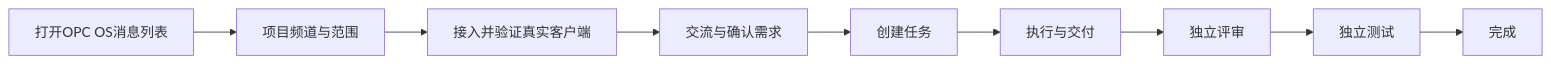
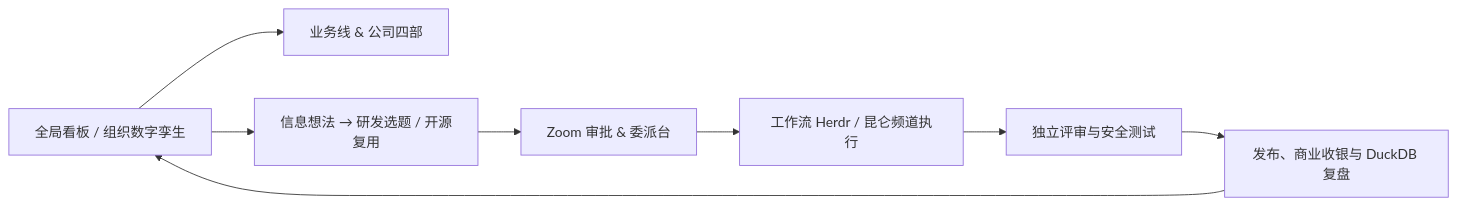
The first of 3 diagrams in docs/OPC_OS_USER_GUIDE.md (magele758/agent-zoom), drawn with Mermaid before and after one commit. The commit also changed other lines of this file and 19 other files, not shown here.

````diff
--- a/docs/OPC_OS_USER_GUIDE.md
+++ b/docs/OPC_OS_USER_GUIDE.md
@@ -16,11 +15,10 @@
 ```mermaid
 flowchart LR
-  A[打开OPC OS消息列表] --> B[项目频道与范围]
-  B --> C[接入并验证真实客户端]
-  C --> D[交流与确认需求]
-  D --> E[创建任务]
-  E --> F[执行与交付]
-  F --> G[独立评审]
-  G --> H[独立测试]
-  H --> I[完成]
+  A[全局看板 / 组织数字孪生] --> B[业务线 & 公司四部]
+  A --> C[信息想法 → 研发选题 / 开源复用]
+  C --> D[Zoom 审批 & 委派台]
+  D --> E[工作流 Herdr / 昆仑频道执行]
+  E --> F[独立评审与安全测试]
+  F --> G[发布、商业收银与 DuckDB 复盘]
+  G --> A
 ```
````
